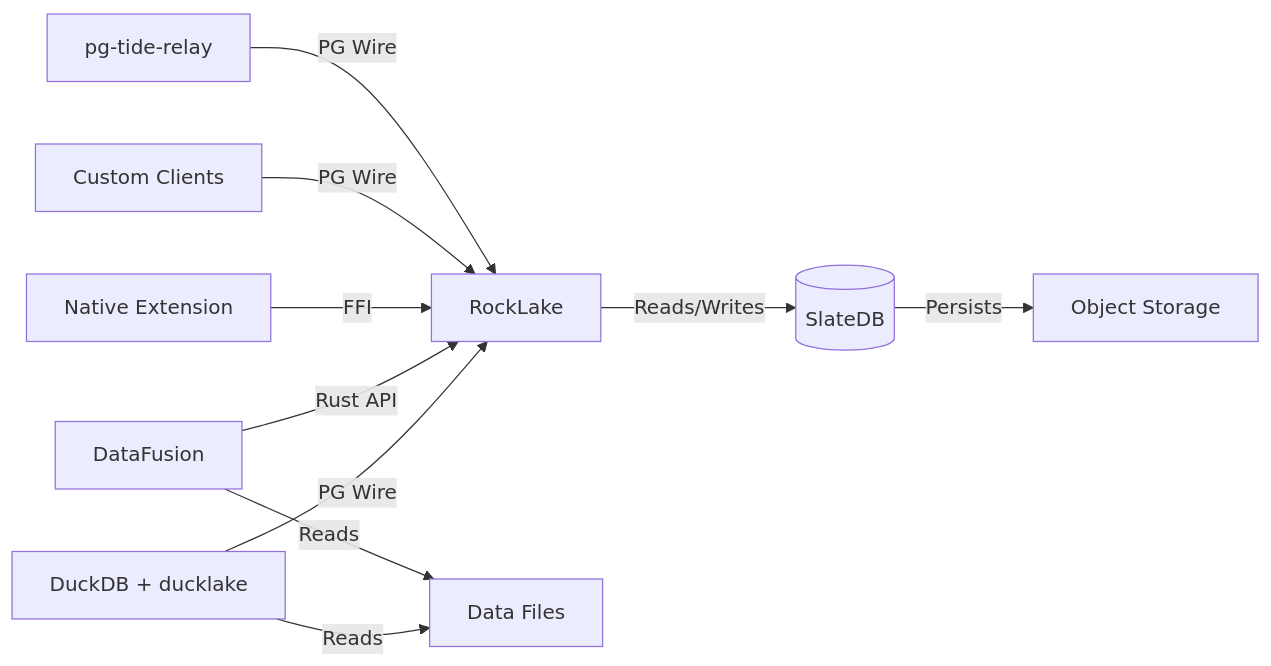
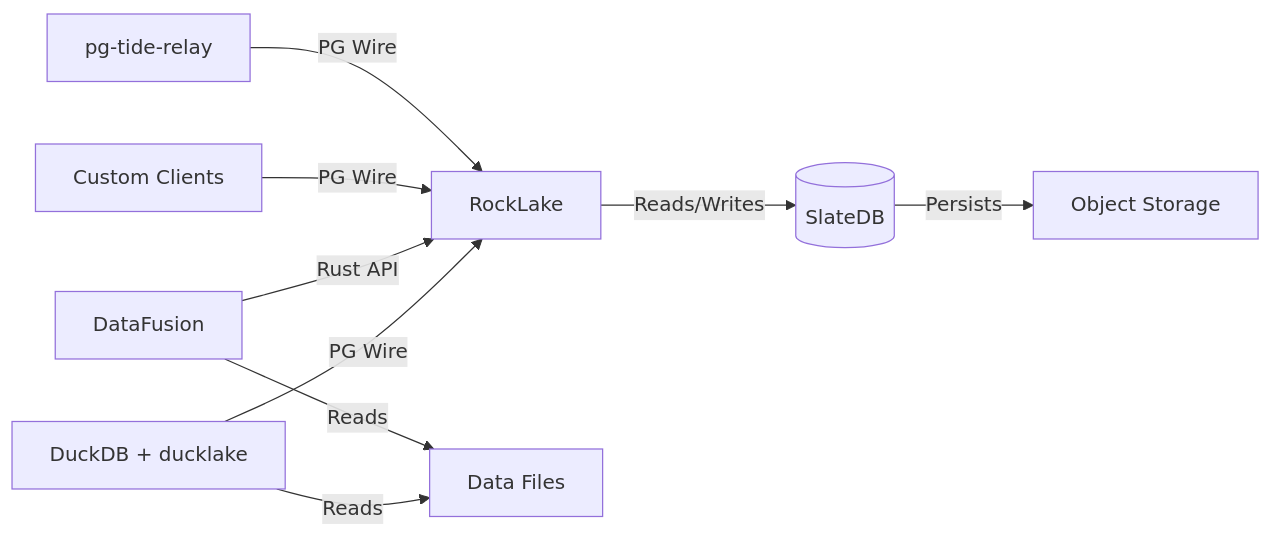
Before and after one commit to trickle-labs/rocklake: the first of 2 diagrams in docs/integration/index.md, drawn with Mermaid. The commit also changed other lines of this file and 113 other files, not shown here.

````diff
--- a/docs/integration/index.md
+++ b/docs/integration/index.md
@@ -9,14 +9,13 @@
 ```mermaid
 graph LR
     DuckDB[DuckDB + ducklake] -->|PG Wire| SD[RockLake]
     DF[DataFusion] -->|Rust API| SD
-    Ext[Native Extension] -->|FFI| SD
     Custom[Custom Clients] -->|PG Wire| SD
     Relay[pg-tide-relay] -->|PG Wire| SD
     
     SD -->|Reads/Writes| SlateDB[(SlateDB)]
     SlateDB -->|Persists| S3[Object Storage]
     
     DuckDB -->|Reads| Parquet[Data Files]
     DF -->|Reads| Parquet
 ```
````
